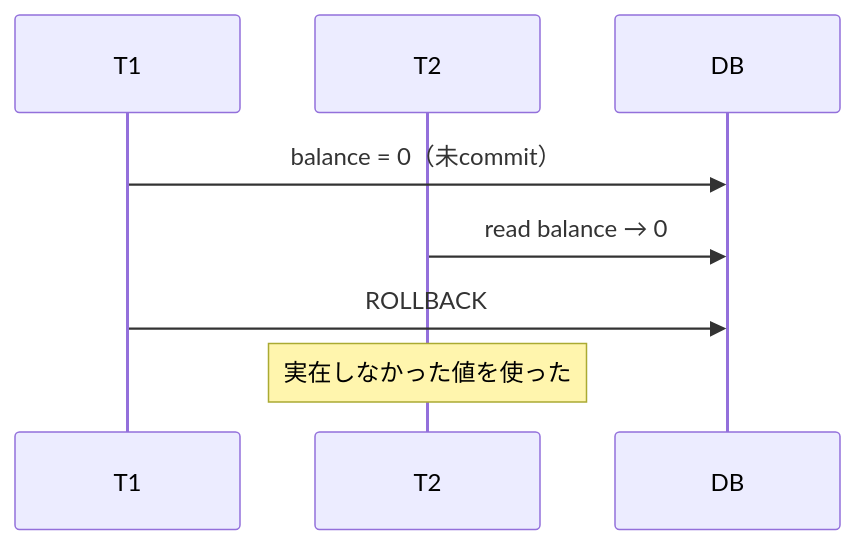
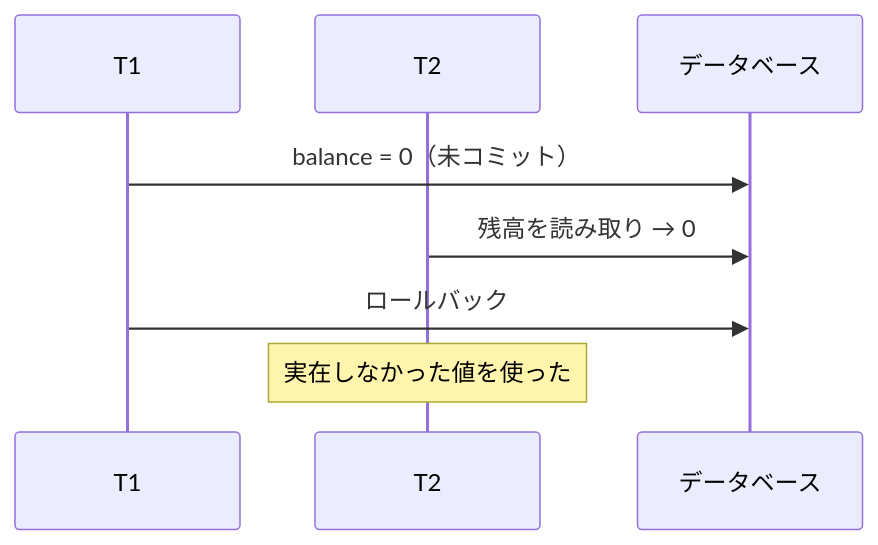
One commit to hirunebot/database-systems-book changed the third of 4 diagrams in src/content/docs/04-transactions/10-acid-isolation.md. Above: the diagram before and after it, drawn with Mermaid. The commit also changed other lines of this file and 42 other files, not shown here.

````diff
--- a/src/content/docs/04-transactions/10-acid-isolation.md
+++ b/src/content/docs/04-transactions/10-acid-isolation.md
@@ -161,10 +161,10 @@
 ```mermaid
 sequenceDiagram
     participant T1
     participant T2
-    participant DB
-    T1->>DB: balance = 0（未commit）
-    T2->>DB: read balance → 0
-    T1->>DB: ROLLBACK
+    participant DB as データベース
+    T1->>DB: balance = 0（未コミット）
+    T2->>DB: 残高を読み取り → 0
+    T1->>DB: ロールバック
     Note over T2: 実在しなかった値を使った
 ```
````
